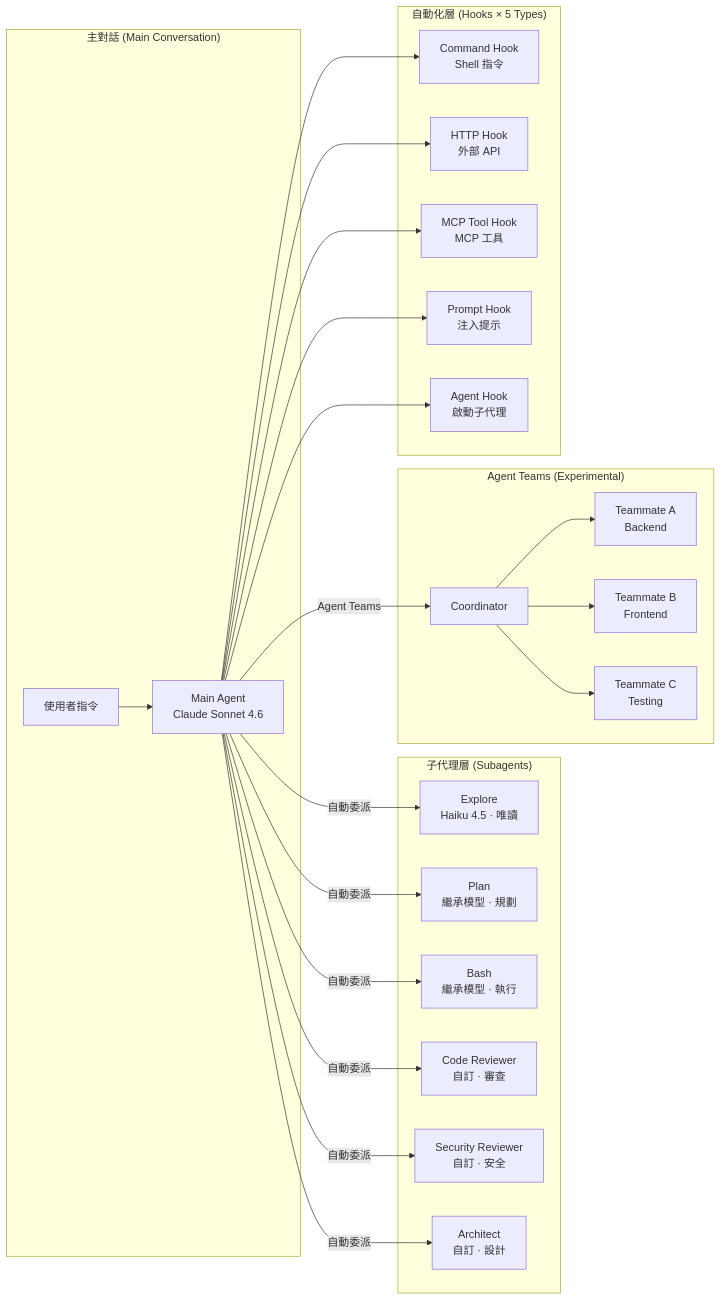
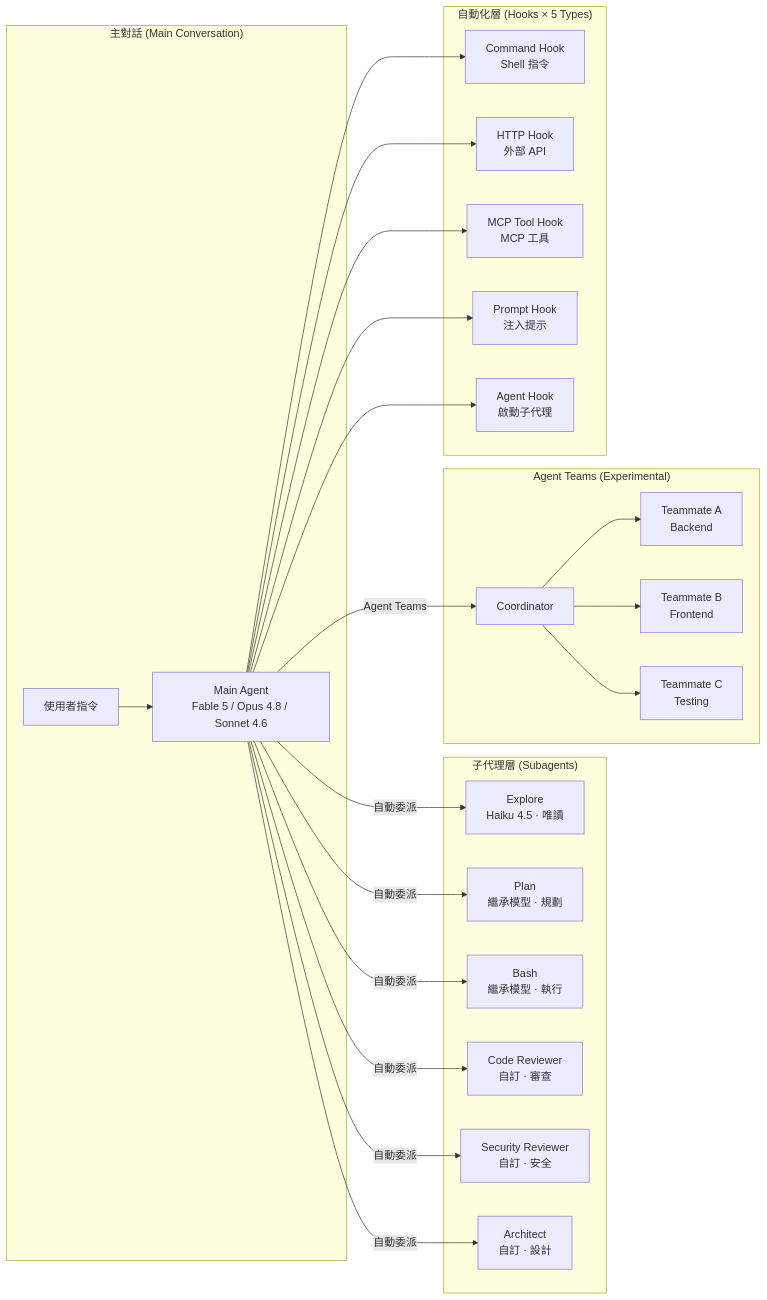
Before and after one commit to chihhung/Blog: the second of 13 diagrams in content/posts/教學/AI開發/claude-howto 教學手冊.md, drawn with Mermaid. The commit also changed other lines of this file and 8 other files, not shown here.

````diff
--- a/content/posts/教學/AI開發/claude-howto 教學手冊.md
+++ b/content/posts/教學/AI開發/claude-howto 教學手冊.md
@@ -176,48 +232,48 @@
 ```mermaid
 graph LR
     subgraph "主對話 (Main Conversation)"
         USER[使用者指令]
-        MAIN[Main Agent<br/>Claude Sonnet 4.6]
+        MAIN[Main Agent<br/>Fable 5 / Opus 4.8 / Sonnet 4.6]
     end
 
     subgraph "子代理層 (Subagents)"
         EXPLORE[Explore<br/>Haiku 4.5 · 唯讀]
         PLAN[Plan<br/>繼承模型 · 規劃]
         BASH[Bash<br/>繼承模型 · 執行]
         REVIEW[Code Reviewer<br/>自訂 · 審查]
         SEC[Security Reviewer<br/>自訂 · 安全]
         ARCH[Architect<br/>自訂 · 設計]
     end
 
     subgraph "Agent Teams (Experimental)"
         COORD[Coordinator]
         TEAM_A[Teammate A<br/>Backend]
         TEAM_B[Teammate B<br/>Frontend]
         TEAM_C[Teammate C<br/>Testing]
     end
 
     subgraph "自動化層 (Hooks × 5 Types)"
         CMD_HOOK[Command Hook<br/>Shell 指令]
         HTTP_HOOK[HTTP Hook<br/>外部 API]
         MCP_HOOK[MCP Tool Hook<br/>MCP 工具]
         PROMPT_HOOK[Prompt Hook<br/>注入提示]
         AGENT_HOOK[Agent Hook<br/>啟動子代理]
     end
 
     USER --> MAIN
     MAIN -->|"自動委派"| EXPLORE
     MAIN -->|"自動委派"| PLAN
     MAIN -->|"自動委派"| BASH
     MAIN -->|"自動委派"| REVIEW
     MAIN -->|"自動委派"| SEC
     MAIN -->|"自動委派"| ARCH
     MAIN -->|"Agent Teams"| COORD
     COORD --> TEAM_A
     COORD --> TEAM_B
     COORD --> TEAM_C
     MAIN --> CMD_HOOK
     MAIN --> HTTP_HOOK
     MAIN --> MCP_HOOK
     MAIN --> PROMPT_HOOK
     MAIN --> AGENT_HOOK
 ```
````
